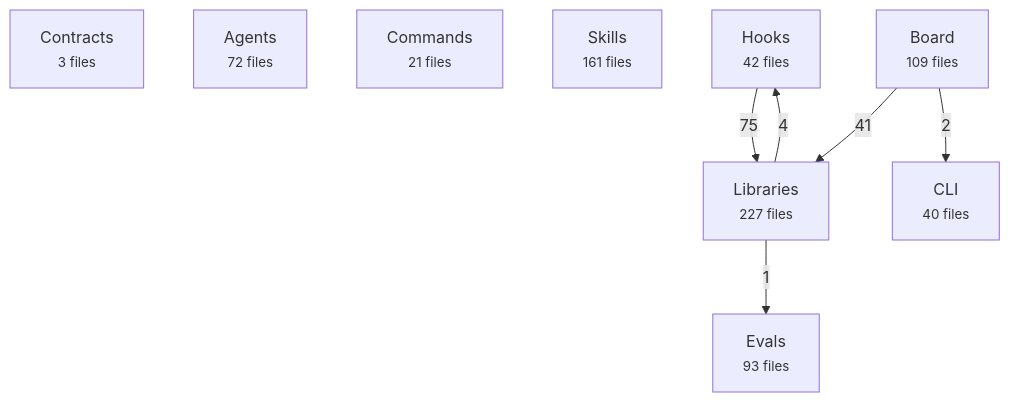
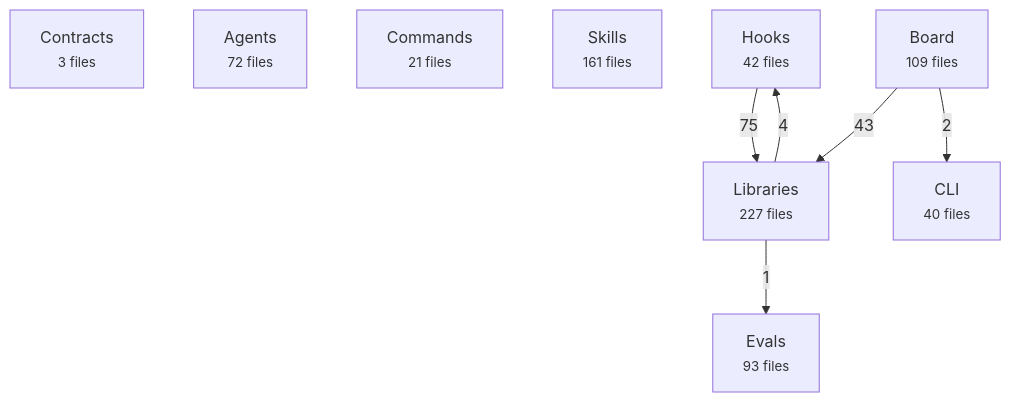
Before and after one commit to avelikiy/great_cto: the first of 2 diagrams in docs/reference/architecture-map.md, drawn with Mermaid. The commit also changed 5 other files, not shown here.

````diff
--- a/docs/reference/architecture-map.md
+++ b/docs/reference/architecture-map.md
@@ -20,17 +20,17 @@
 ```mermaid
 flowchart TD
   contracts["Contracts<br/><small>3 files</small>"]
   agents["Agents<br/><small>72 files</small>"]
   commands["Commands<br/><small>21 files</small>"]
   skills["Skills<br/><small>161 files</small>"]
   hooks["Hooks<br/><small>42 files</small>"]
   libs["Libraries<br/><small>227 files</small>"]
   board["Board<br/><small>109 files</small>"]
   cli["CLI<br/><small>40 files</small>"]
   evals["Evals<br/><small>93 files</small>"]
   hooks -->|75| libs
-  board -->|41| libs
+  board -->|43| libs
   libs -->|4| hooks
   board -->|2| cli
   libs -->|1| evals
 ```
````
